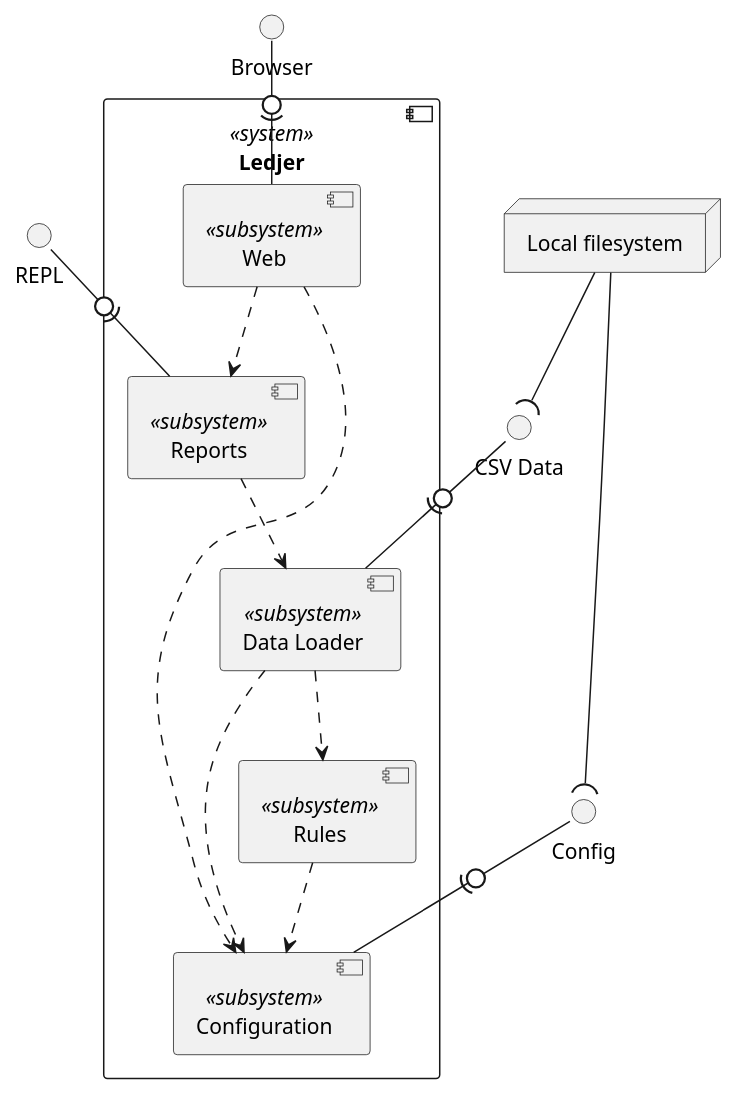
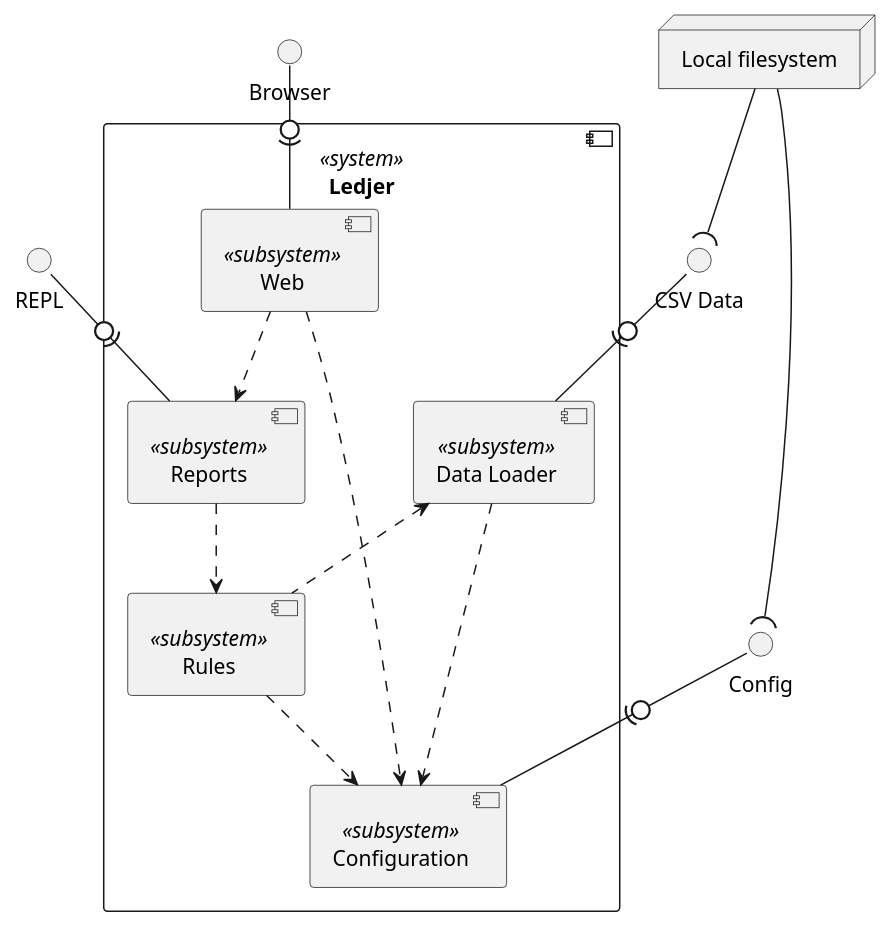
The diagram in docs/src/architecture/building_block_lvl1.pu (Sh4pe/Ledjer.jl), drawn with PlantUML before and after one commit. The commit also changed 3 other files, not shown here.

```diff
--- a/docs/src/architecture/building_block_lvl1.pu
+++ b/docs/src/architecture/building_block_lvl1.pu
@@ -1,37 +1,37 @@
 @startuml
 
 component "Ledjer" << system >> {
     [Configuration] << subsystem >>
     [Data Loader] << subsystem >> as DataLoader
     [Reports] << subsystem >>
     [Web] << subsystem >>
     [Rules] << subsystem >>
 }
 
 Rules ..> Configuration
-DataLoader ..> Rules
+DataLoader <.. Rules
 DataLoader ..> Configuration
-Reports ..> DataLoader
+Reports ..> Rules
 Web ..> Reports
 Web ..> Configuration
 
 interface REPL 
 interface Browser
 interface "CSV Data" as CSVData
 interface Config
 
 node "Local filesystem" as LocalFS
 
 Config -0)- Configuration
 
 CSVData -0)- DataLoader
 
 LocalFS --( Config
 LocalFS --( CSVData
 
 REPL -0)- Reports
 
 Browser -0)- Web
 
 
 @enduml
```
